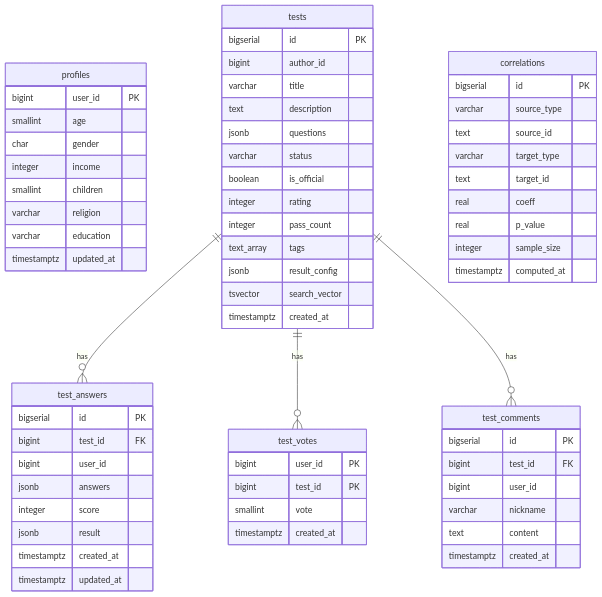
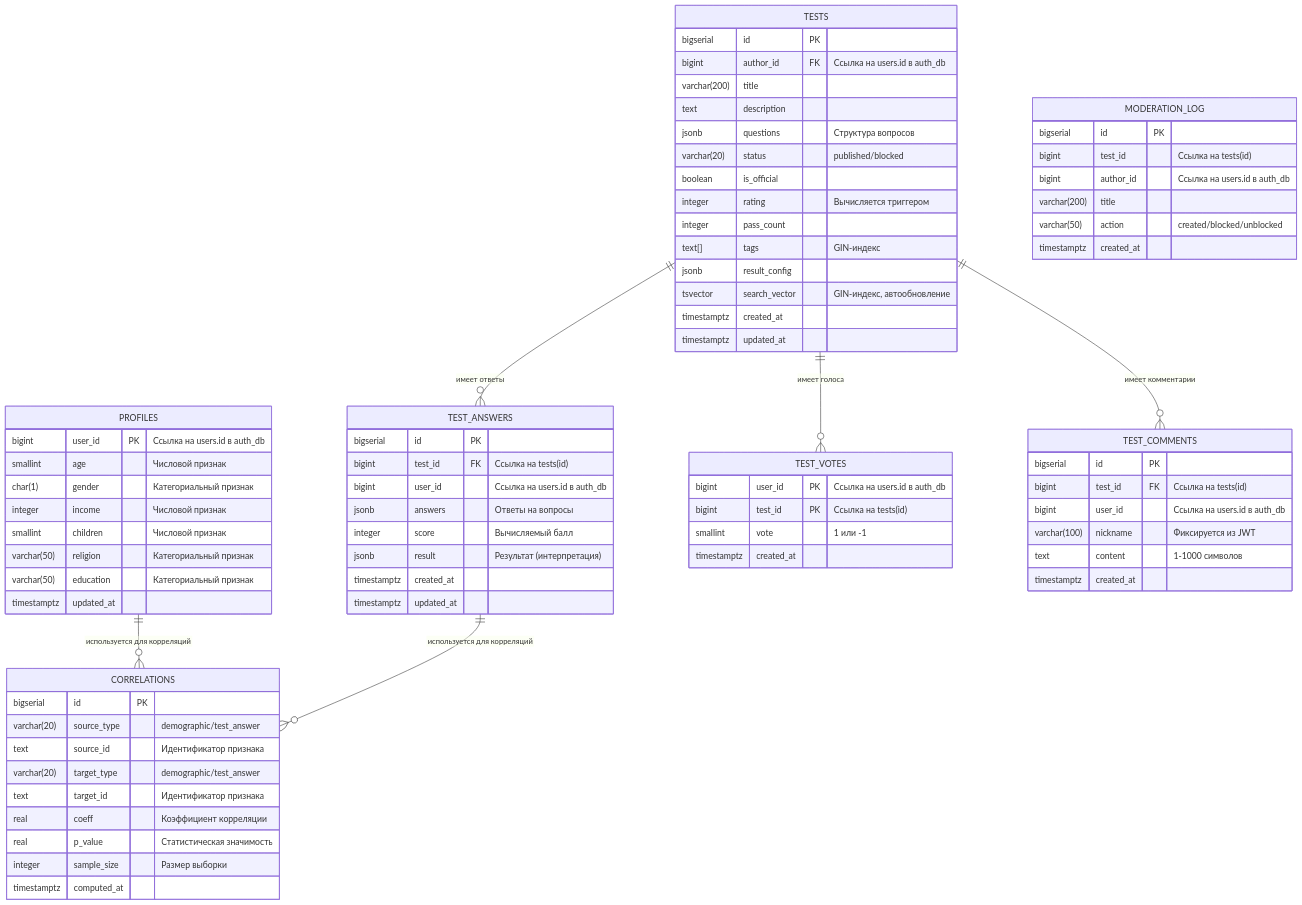
One commit to Roman-Samoilenko/public-tests changed the eighth of 13 diagrams in README.md. Above: the diagram before and after it, drawn with Mermaid. The commit also changed other lines of this file and 10 other files, not shown here.

````diff
--- a/README.md
+++ b/README.md
@@ -418,72 +418,85 @@
 ```mermaid
 erDiagram
-    profiles {
-        bigint user_id PK
-        smallint age
-        char gender
-        integer income
-        smallint children
-        varchar religion
-        varchar education
+    PROFILES {
+        bigint user_id PK "Ссылка на users.id в auth_db"
+        smallint age "Числовой признак"
+        char(1) gender "Категориальный признак"
+        integer income "Числовой признак"
+        smallint children "Числовой признак"
+        varchar(50) religion "Категориальный признак"
+        varchar(50) education "Категориальный признак"
         timestamptz updated_at
     }
 
-    tests {
+    TESTS {
         bigserial id PK
-        bigint author_id
-        varchar title
+        bigint author_id FK "Ссылка на users.id в auth_db"
+        varchar(200) title
         text description
-        jsonb questions
-        varchar status
+        jsonb questions "Структура вопросов"
+        varchar(20) status "published/blocked"
         boolean is_official
-        integer rating
+        integer rating "Вычисляется триггером"
         integer pass_count
-        text_array tags
+        text[] tags "GIN-индекс"
         jsonb result_config
-        tsvector search_vector
-        timestamptz created_at
-    }
-
-    test_answers {
-        bigserial id PK
-        bigint test_id FK
-        bigint user_id
-        jsonb answers
-        integer score
-        jsonb result
+        tsvector search_vector "GIN-индекс, автообновление"
         timestamptz created_at
         timestamptz updated_at
     }
 
-    test_votes {
-        bigint user_id PK
-        bigint test_id PK
-        smallint vote
+    TEST_ANSWERS {
+        bigserial id PK
+        bigint test_id FK "Ссылка на tests(id)"
+        bigint user_id "Ссылка на users.id в auth_db"
+        jsonb answers "Ответы на вопросы"
+        integer score "Вычисляемый балл"
+        jsonb result "Результат (интерпретация)"
+        timestamptz created_at
+        timestamptz updated_at
+    }
+
+    TEST_VOTES {
+        bigint user_id PK "Ссылка на users.id в auth_db"
+        bigint test_id PK "Ссылка на tests(id)"
+        smallint vote "1 или -1"
         timestamptz created_at
     }
 
-    test_comments {
+    TEST_COMMENTS {
         bigserial id PK
-        bigint test_id FK
-        bigint user_id
-        varchar nickname
-        text content
+        bigint test_id FK "Ссылка на tests(id)"
+        bigint user_id "Ссылка на users.id в auth_db"
+        varchar(100) nickname "Фиксируется из JWT"
+        text content "1-1000 символов"
         timestamptz created_at
     }
 
-    correlations {
+    MODERATION_LOG {
         bigserial id PK
-        varchar source_type
-        text source_id
-        varchar target_type
-        text target_id
-        real coeff
-        real p_value
-        integer sample_size
+        bigint test_id "Ссылка на tests(id)"
+        bigint author_id "Ссылка на users.id в auth_db"
+        varchar(200) title
+        varchar(50) action "created/blocked/unblocked"
+        timestamptz created_at
+    }
+
+    CORRELATIONS {
+        bigserial id PK
+        varchar(20) source_type "demographic/test_answer"
+        text source_id "Идентификатор признака"
+        varchar(20) target_type "demographic/test_answer"
+        text target_id "Идентификатор признака"
+        real coeff "Коэффициент корреляции"
+        real p_value "Статистическая значимость"
+        integer sample_size "Размер выборки"
         timestamptz computed_at
     }
 
-    tests ||--o{ test_answers : "has"
-    tests ||--o{ test_votes : "has"
-    tests ||--o{ test_comments : "has"
+    %% Связи
+    TESTS ||--o{ TEST_ANSWERS : "имеет ответы"
+    TESTS ||--o{ TEST_VOTES : "имеет голоса"
+    TESTS ||--o{ TEST_COMMENTS : "имеет комментарии"
+    PROFILES ||--o{ CORRELATIONS : "используется для корреляций"
+    TEST_ANSWERS ||--o{ CORRELATIONS : "используется для корреляций"
 ```
````
